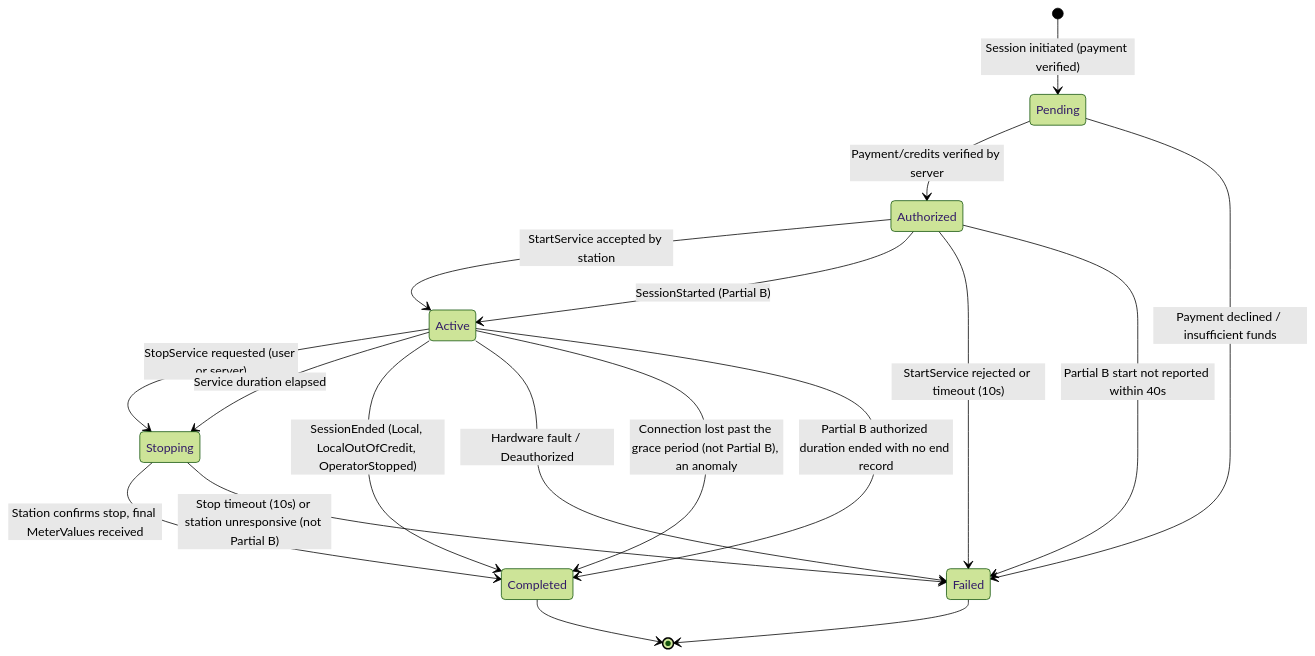
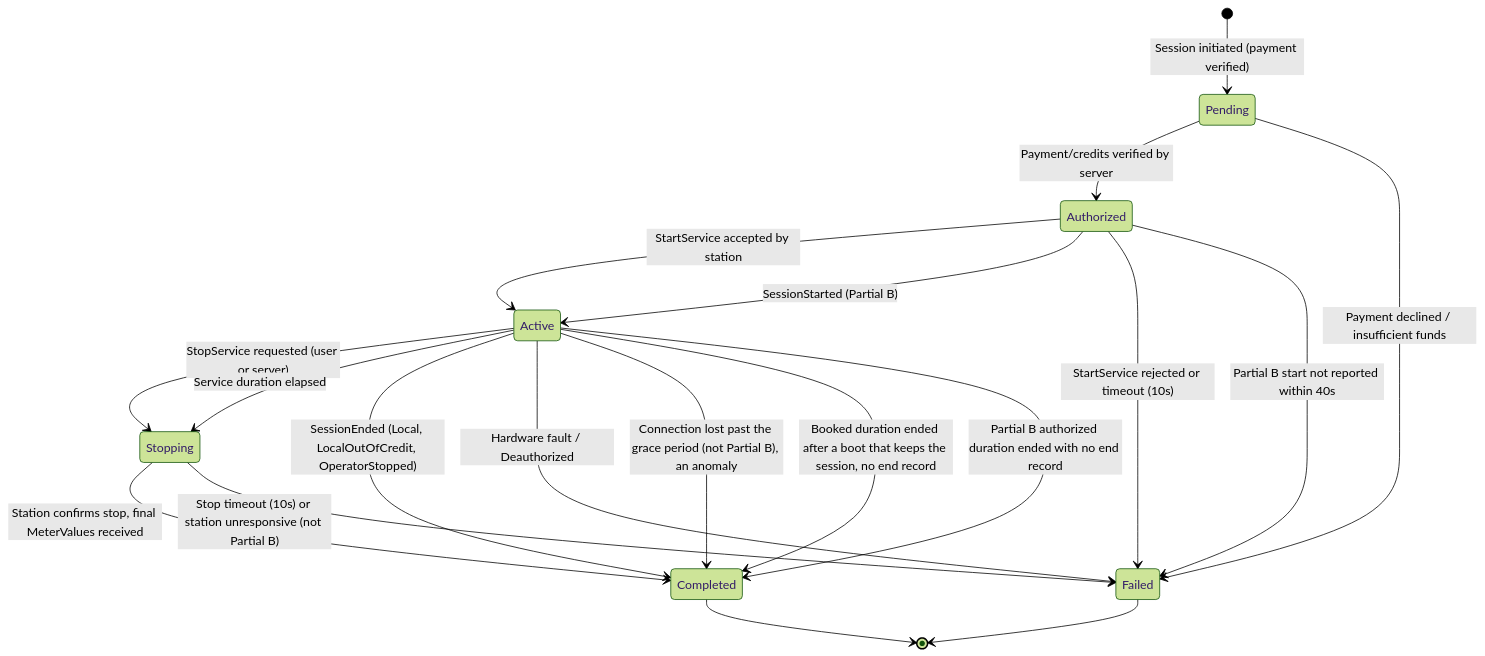
Before and after one commit to ospp-org/spec: the third of 7 diagrams in spec/05-state-machines.md, drawn with Mermaid (forest theme). The commit also changed other lines of this file and 10 other files, not shown here.

````diff
--- a/spec/05-state-machines.md
+++ b/spec/05-state-machines.md
@@ -471,25 +472,26 @@
 ```mermaid
 stateDiagram-v2
     [*] --> Pending : Session initiated (payment verified)
 
     Pending --> Authorized : Payment/credits verified by server
     Pending --> Failed : Payment declined / insufficient funds
 
     Authorized --> Active : StartService accepted by station
     Authorized --> Active : SessionStarted (Partial B)
     Authorized --> Failed : StartService rejected or timeout (10s)
     Authorized --> Failed : Partial B start not reported within 40s
 
     Active --> Stopping : StopService requested (user or server)
     Active --> Stopping : Service duration elapsed
     Active --> Completed : SessionEnded (Local, LocalOutOfCredit, OperatorStopped)
     Active --> Failed : Hardware fault / Deauthorized
     Active --> Completed : Connection lost past the grace period (not Partial B), an anomaly
+    Active --> Completed : Booked duration ended after a boot that keeps the session, no end record
     Active --> Completed : Partial B authorized duration ended with no end record
 
     Stopping --> Completed : Station confirms stop, final MeterValues received
     Stopping --> Failed : Stop timeout (10s) or station unresponsive (not Partial B)
 
     Completed --> [*]
     Failed --> [*]
 ```
````
